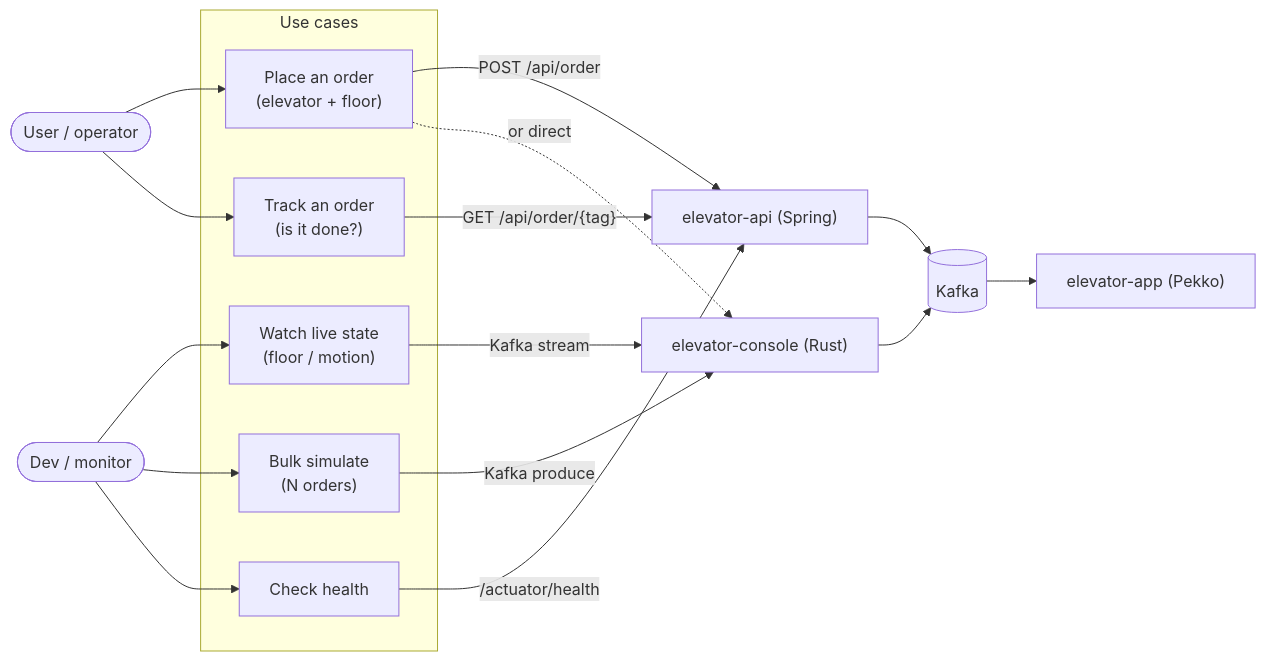
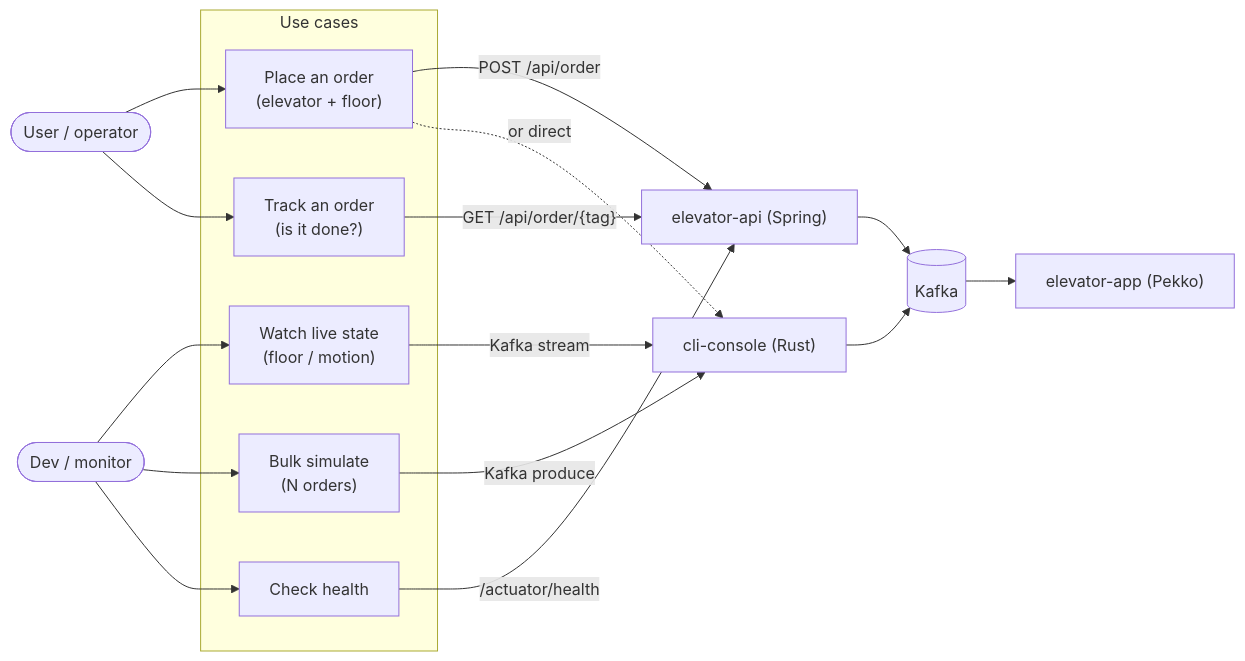
One commit to TwistedLady/elevator-system changed the first of 5 diagrams in docs/PROTOCOL.md. Above: the diagram before and after it, drawn with Mermaid. The commit also changed other lines of this file and 37 other files, not shown here.

First line of the commit message:
Rename module elevator-console -> cli-console

````diff
--- a/docs/PROTOCOL.md
+++ b/docs/PROTOCOL.md
@@ -20,30 +20,30 @@
 ```mermaid
 flowchart LR
     user(["User / operator"])
     dev(["Dev / monitor"])
 
     subgraph uc["Use cases"]
         place["Place an order<br/>(elevator + floor)"]
         track["Track an order<br/>(is it done?)"]
         watch["Watch live state<br/>(floor / motion)"]
         sim["Bulk simulate<br/>(N orders)"]
         health["Check health"]
     end
 
     user --> place
     user --> track
     dev --> watch
     dev --> sim
     dev --> health
 
     place -->|"POST /api/order"| api["elevator-api (Spring)"]
     track -->|"GET /api/order/{tag}"| api
-    watch -->|Kafka stream| console["elevator-console (Rust)"]
+    watch -->|Kafka stream| console["cli-console (Rust)"]
     sim -->|Kafka produce| console
     health -->|"/actuator/health"| api
     place -. or direct .-> console
 
     api --> kafka[("Kafka")]
     console --> kafka
     kafka --> app["elevator-app (Pekko)"]
 ```
````
